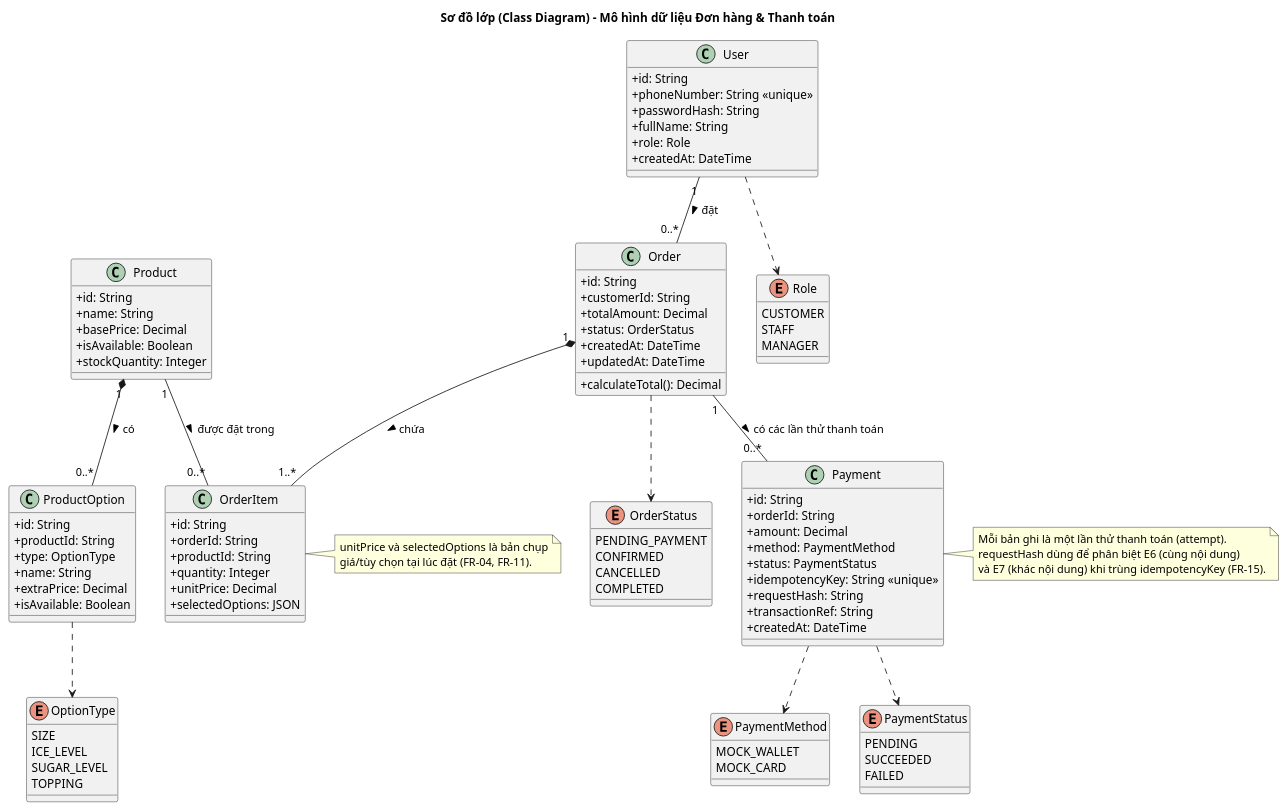
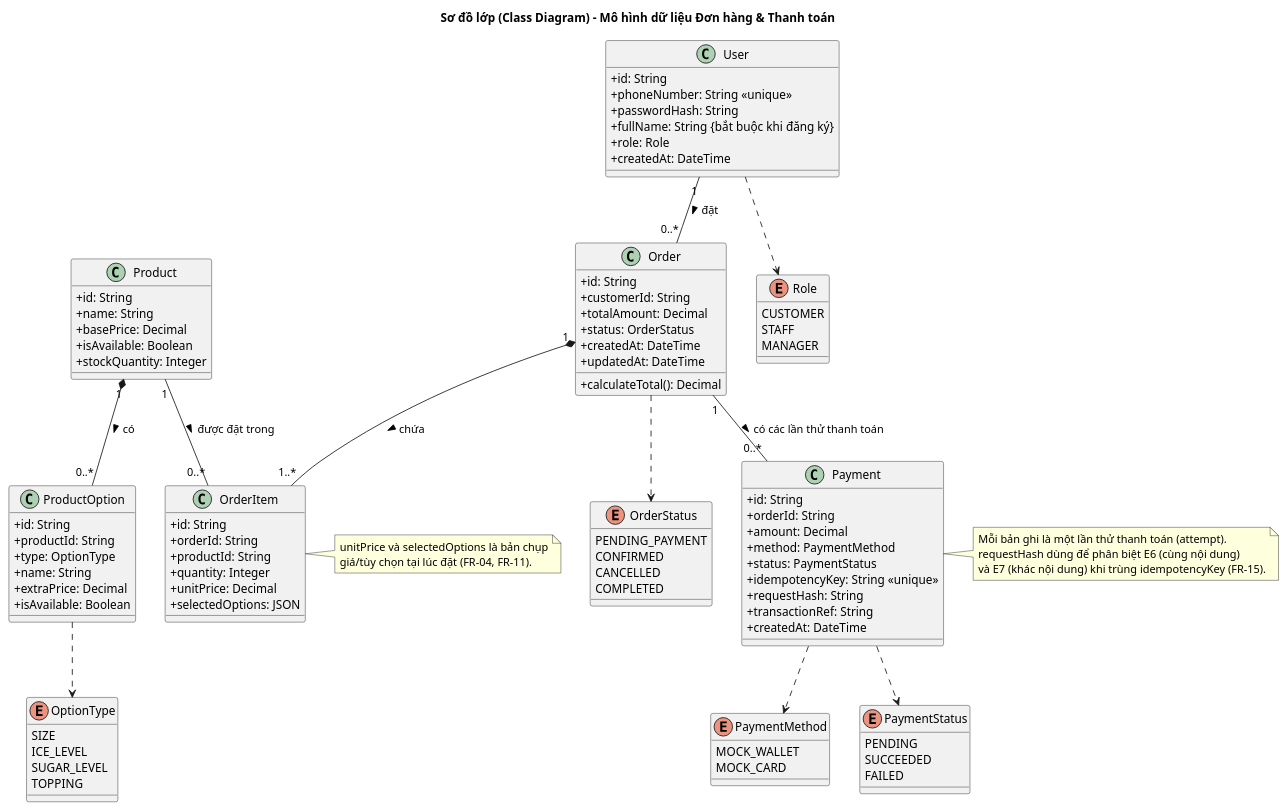
One commit to nguyenmintam23-z/BrewLite changed the diagram in docs/diagrams/class-model.puml. Above: the diagram before and after it, drawn with PlantUML. The commit also changed 3 other files, not shown here.

```diff
--- a/docs/diagrams/class-model.puml
+++ b/docs/diagrams/class-model.puml
@@ -1,118 +1,118 @@
 @startuml Class_Diagram_Model
 skinparam classAttributeIconSize 0
 skinparam monochrome false
 
 title Sơ đồ lớp (Class Diagram) - Mô hình dữ liệu Đơn hàng & Thanh toán
 
 enum Role {
   CUSTOMER
   STAFF
   MANAGER
 }
 
 enum OrderStatus {
   PENDING_PAYMENT
   CONFIRMED
   CANCELLED
   COMPLETED
 }
 
 enum PaymentStatus {
   PENDING
   SUCCEEDED
   FAILED
 }
 
 enum PaymentMethod {
   MOCK_WALLET
   MOCK_CARD
 }
 
 enum OptionType {
   SIZE
   ICE_LEVEL
   SUGAR_LEVEL
   TOPPING
 }
 
 class User {
   +id: String
   +phoneNumber: String <<unique>>
   +passwordHash: String
-  +fullName: String
+  +fullName: String {bắt buộc khi đăng ký}
   +role: Role
   +createdAt: DateTime
 }
 
 class Product {
   +id: String
   +name: String
   +basePrice: Decimal
   +isAvailable: Boolean
   +stockQuantity: Integer
 }
 
 class ProductOption {
   +id: String
   +productId: String
   +type: OptionType
   +name: String
   +extraPrice: Decimal
   +isAvailable: Boolean
 }
 
 class Order {
   +id: String
   +customerId: String
   +totalAmount: Decimal
   +status: OrderStatus
   +createdAt: DateTime
   +updatedAt: DateTime
   +calculateTotal(): Decimal
 }
 
 class OrderItem {
   +id: String
   +orderId: String
   +productId: String
   +quantity: Integer
   +unitPrice: Decimal
   +selectedOptions: JSON
 }
 
 class Payment {
   +id: String
   +orderId: String
   +amount: Decimal
   +method: PaymentMethod
   +status: PaymentStatus
   +idempotencyKey: String <<unique>>
   +requestHash: String
   +transactionRef: String
   +createdAt: DateTime
 }
 
 note right of OrderItem
   unitPrice và selectedOptions là bản chụp
   giá/tùy chọn tại lúc đặt (FR-04, FR-11).
 end note
 
 note right of Payment
   Mỗi bản ghi là một lần thử thanh toán (attempt).
   requestHash dùng để phân biệt E6 (cùng nội dung)
   và E7 (khác nội dung) khi trùng idempotencyKey (FR-15).
 end note
 
 ' Mối quan hệ giữa các thực thể
 User "1" -- "0..*" Order : đặt >
 Order "1" *-- "1..*" OrderItem : chứa >
 Product "1" -- "0..*" OrderItem : được đặt trong >
 Product "1" *-- "0..*" ProductOption : có >
 Order "1" -- "0..*" Payment : có các lần thử thanh toán >
 User ..> Role
 Order ..> OrderStatus
 Payment ..> PaymentStatus
 Payment ..> PaymentMethod
 ProductOption ..> OptionType
 
 @enduml
```
